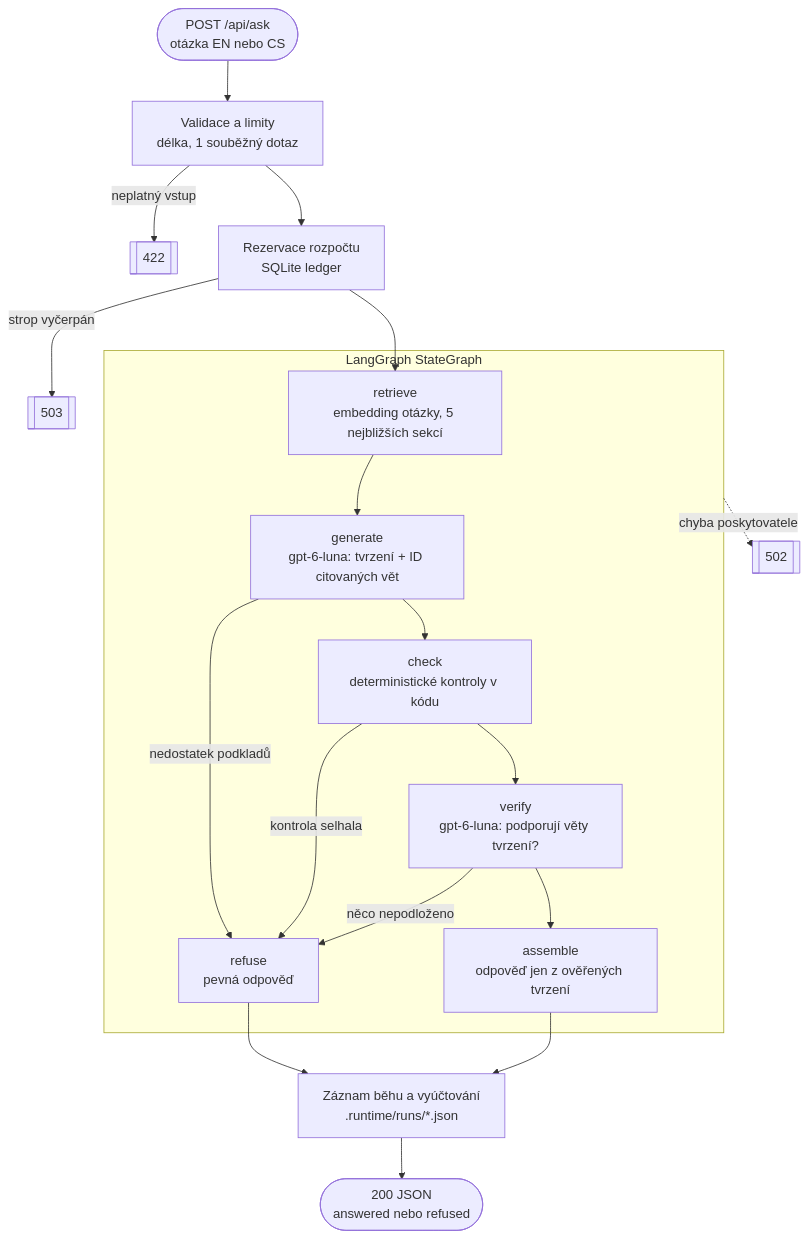
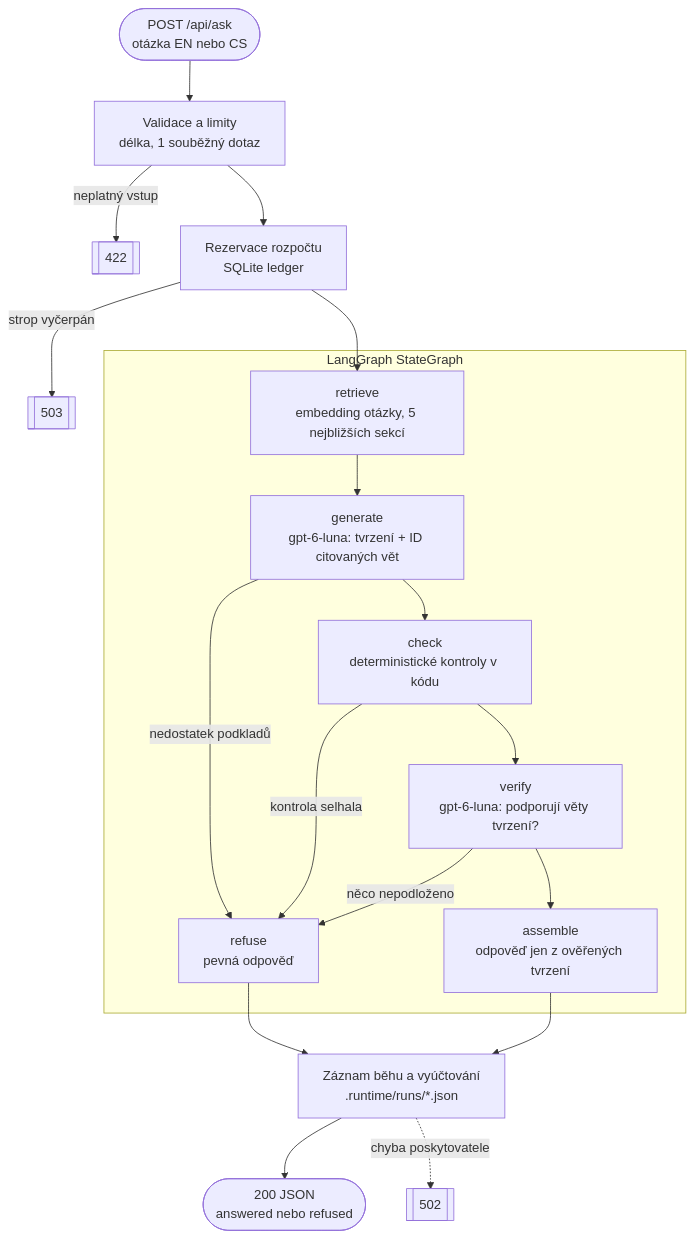
The first of 2 diagrams in docs/architecture.md (podstawkamartin/Citarilo), drawn with Mermaid before and after one commit. The commit also changed other lines of this file, not shown here.

Commit message:
Fix provider error path in architecture diagram

````diff
--- a/docs/architecture.md
+++ b/docs/architecture.md
@@ -8,23 +8,23 @@
 ```mermaid
 flowchart TD
     Q(["POST /api/ask<br/>otázka EN nebo CS"]) --> V["Validace a limity<br/>délka, 1 souběžný dotaz"]
     V -->|neplatný vstup| E422[["422"]]
     V --> B["Rezervace rozpočtu<br/>SQLite ledger"]
     B -->|strop vyčerpán| E503[["503"]]
     B --> R
 
     subgraph LG ["LangGraph StateGraph"]
         R["retrieve<br/>embedding otázky, 5 nejbližších sekcí"] --> G["generate<br/>gpt-6-luna: tvrzení + ID citovaných vět"]
         G -->|nedostatek podkladů| X["refuse<br/>pevná odpověď"]
         G --> C["check<br/>deterministické kontroly v kódu"]
         C -->|kontrola selhala| X
         C --> VR["verify<br/>gpt-6-luna: podporují věty tvrzení?"]
         VR -->|něco nepodloženo| X
         VR --> A["assemble<br/>odpověď jen z ověřených tvrzení"]
     end
 
-    LG -.->|chyba poskytovatele| E502[["502"]]
     A --> REC["Záznam běhu a vyúčtování<br/>.runtime/runs/*.json"]
     X --> REC
     REC --> OUT(["200 JSON<br/>answered nebo refused"])
+    REC -.->|chyba poskytovatele| E502[["502"]]
 ```
````
